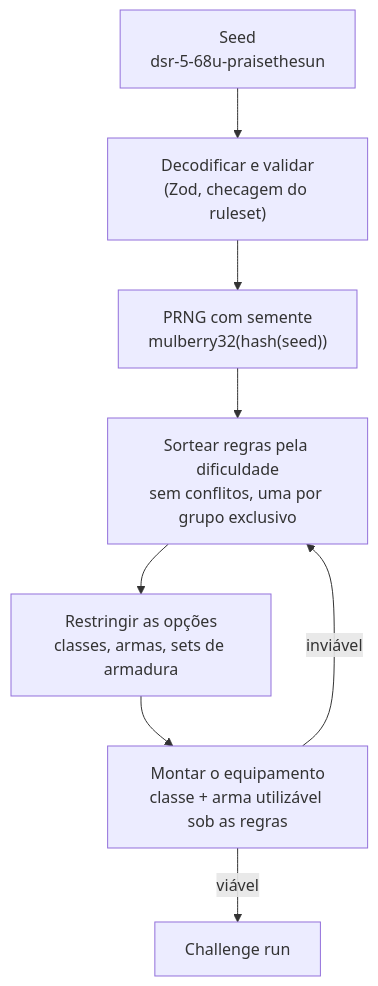
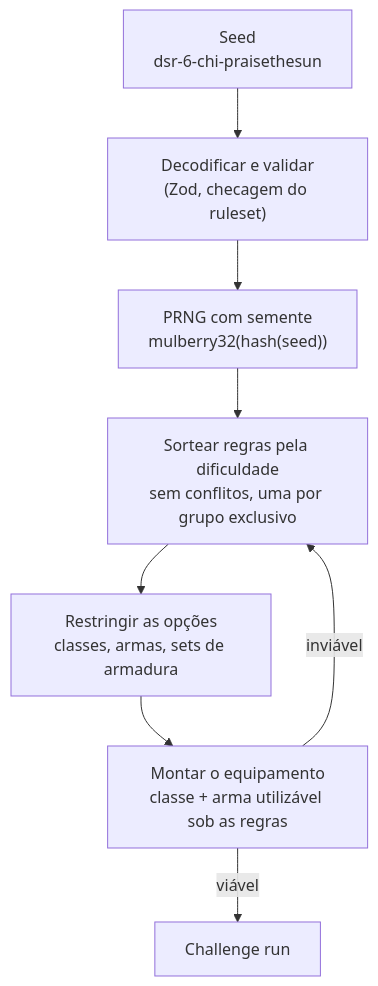
One commit to localhost-ayu/souls-challenge-generator changed the diagram in README.pt-BR.md. Above: the diagram before and after it, drawn with Mermaid. The commit also changed other lines of this file and 24 other files, not shown here.

````diff
--- a/README.pt-BR.md
+++ b/README.pt-BR.md
@@ -41,10 +41,10 @@
 ```mermaid
 flowchart TD
-    seed["Seed<br/>dsr-5-68u-praisethesun"] --> decode["Decodificar e validar<br/>(Zod, checagem do ruleset)"]
+    seed["Seed<br/>dsr-6-chi-praisethesun"] --> decode["Decodificar e validar<br/>(Zod, checagem do ruleset)"]
     decode --> rng["PRNG com semente<br/>mulberry32(hash(seed))"]
     rng --> select["Sortear regras pela dificuldade<br/>sem conflitos, uma por grupo exclusivo"]
     select --> narrow["Restringir as opções<br/>classes, armas, sets de armadura"]
     narrow --> resolve["Montar o equipamento<br/>classe + arma utilizável sob as regras"]
     resolve -->|viável| run["Challenge run"]
     resolve -->|inviável| select
 ```
````
